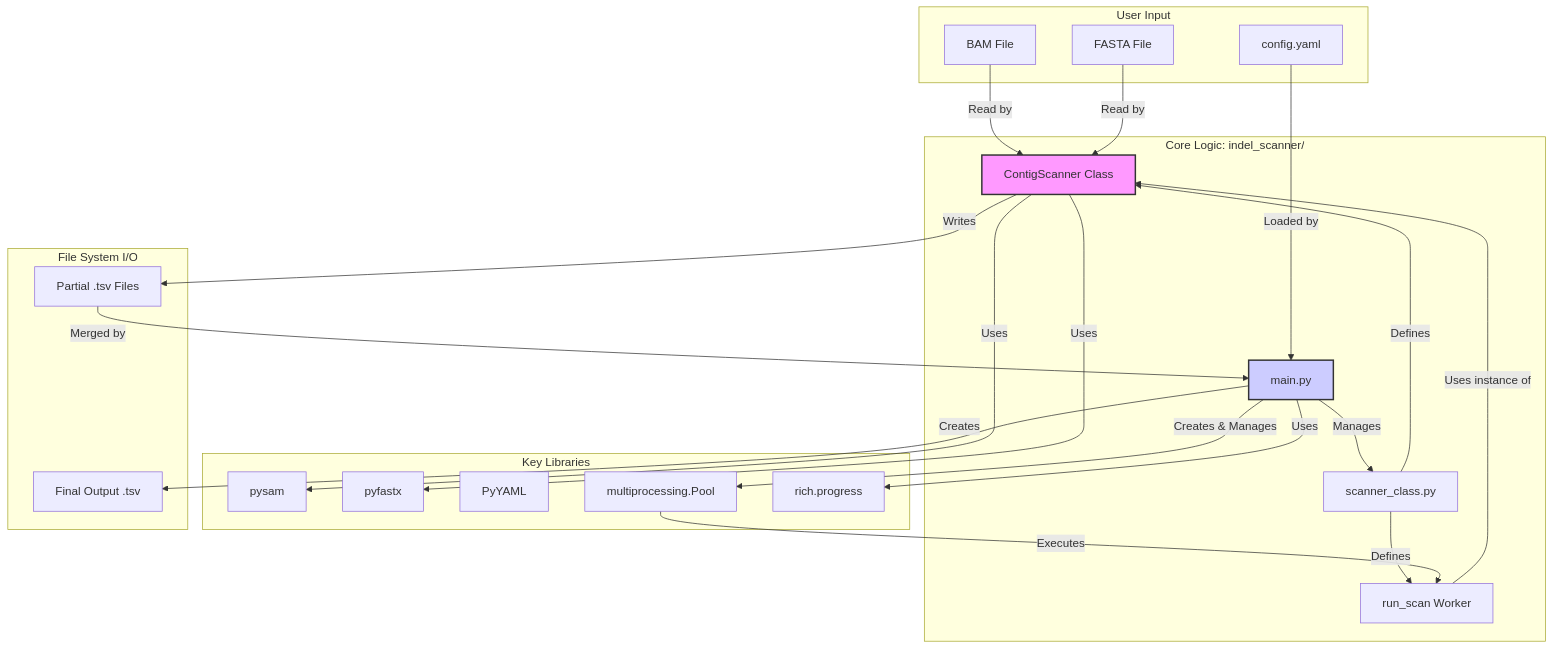
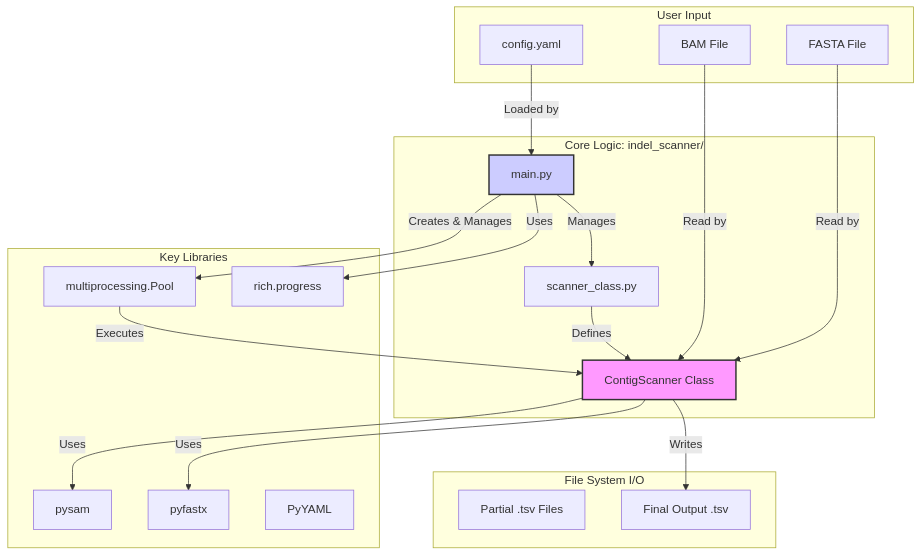
The diagram in highlevel.mermaid (PeterKADam/indel_scanner), drawn with Mermaid before and after one commit. The commit also changed 22 other files, not shown here.

```diff
--- a/highlevel.mermaid
+++ b/highlevel.mermaid
@@ -1,42 +1,38 @@
 graph TD;
     subgraph "User Input"
         A[BAM File]
         B[FASTA File]
         C[config.yaml]
     end
 
     subgraph "Core Logic: indel_scanner/"
         D[main.py] -- Manages --> E[scanner_class.py]
         E -- Defines --> F[ContigScanner Class]
-        E -- Defines --> G[run_scan Worker]
     end
 
     subgraph "Key Libraries"
         H[pysam]
         I[pyfastx]
         J[PyYAML]
         K[multiprocessing.Pool]
         L[rich.progress]
     end
     
     subgraph "File System I/O"
         M[Partial .tsv Files]
         N[Final Output .tsv]
     end
 
     C -- Loaded by --> D;
     D -- Uses --> L;
     D -- Creates & Manages --> K;
-    K -- Executes --> G;
-    G -- Uses instance of --> F;
+    K -- Executes --> F;
     F -- Uses --> H;
     F -- Uses --> I;
 
     A & B -- Read by --> F;
     
-    F -- Writes --> M;
-    M -- Merged by --> D;
-    D -- Creates --> N;
+    F -- Writes --> N;
 
     style F fill:#f9f,stroke:#333,stroke-width:2px
     style D fill:#ccf,stroke:#333,stroke-width:2px
```
